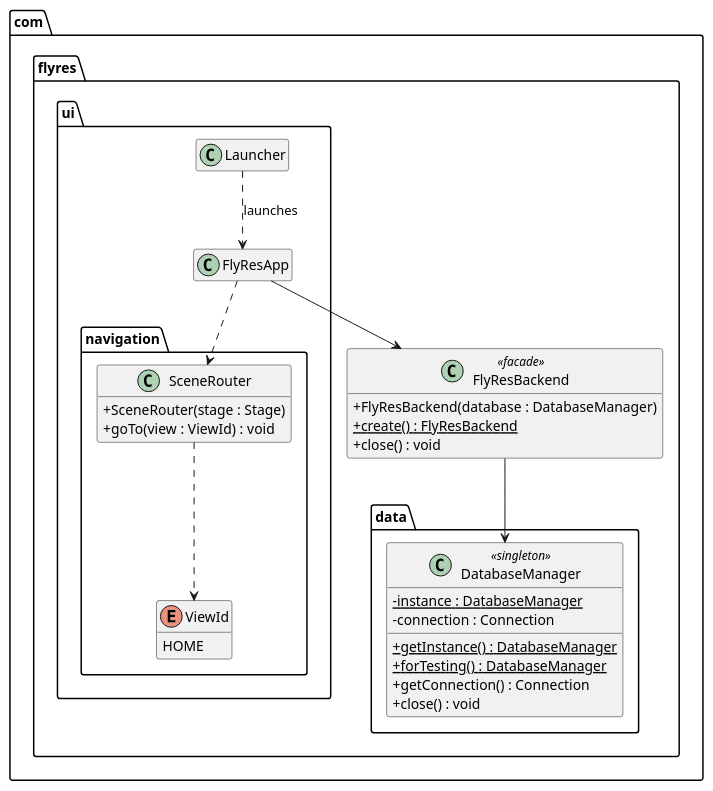
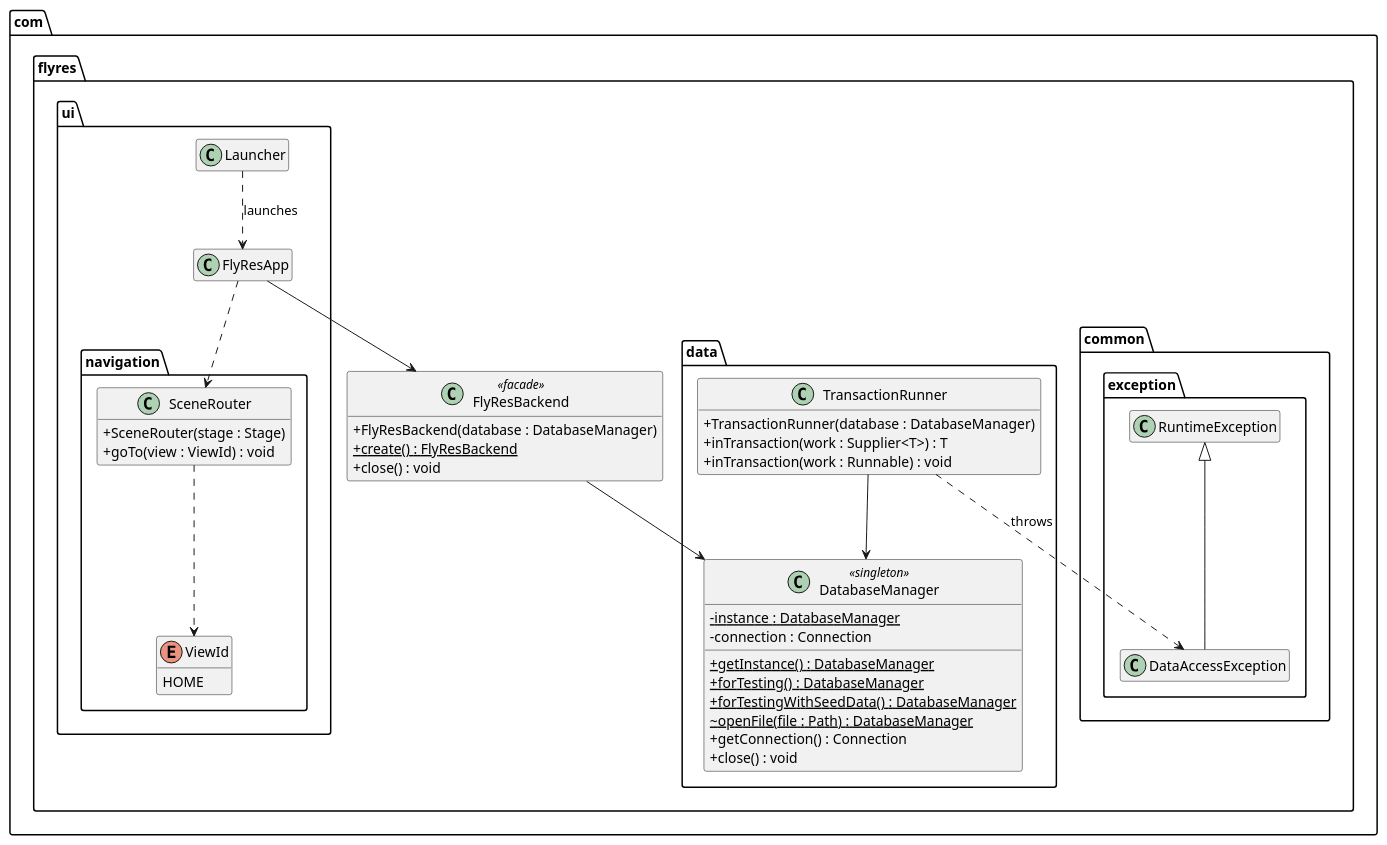
Before and after one commit to NotAlpha45/FlyRes: the diagram in docs/diagrams/class-diagram.puml, drawn with PlantUML. The commit also changed 13 other files, not shown here.

First line of the commit message:
FLY-02: create schema, transactions and seed data

```diff
--- a/docs/diagrams/class-diagram.puml
+++ b/docs/diagrams/class-diagram.puml
@@ -1,45 +1,60 @@
 @startuml class-diagram
 ' FlyRes class diagram. Update it whenever a class or public control method is added.
 skinparam classAttributeIconSize 0
 hide empty members
 
 package "com.flyres" {
   class FlyResBackend <<facade>> {
     + FlyResBackend(database : DatabaseManager)
     + {static} create() : FlyResBackend
     + close() : void
   }
 }
 
 package "com.flyres.data" {
   class DatabaseManager <<singleton>> {
     - {static} instance : DatabaseManager
     - connection : Connection
     + {static} getInstance() : DatabaseManager
     + {static} forTesting() : DatabaseManager
+    + {static} forTestingWithSeedData() : DatabaseManager
+    ~ {static} openFile(file : Path) : DatabaseManager
     + getConnection() : Connection
     + close() : void
   }
+
+  class TransactionRunner {
+    + TransactionRunner(database : DatabaseManager)
+    + inTransaction(work : Supplier<T>) : T
+    + inTransaction(work : Runnable) : void
+  }
+}
+
+package "com.flyres.common.exception" {
+  class DataAccessException
+  RuntimeException <|-- DataAccessException
 }
 
 package "com.flyres.ui" {
   class FlyResApp
   class Launcher
 }
 
 package "com.flyres.ui.navigation" {
   class SceneRouter {
     + SceneRouter(stage : Stage)
     + goTo(view : ViewId) : void
   }
   enum ViewId {
     HOME
   }
 }
 
 FlyResBackend --> DatabaseManager
+TransactionRunner --> DatabaseManager
+TransactionRunner ..> DataAccessException : throws
 Launcher ..> FlyResApp : launches
 FlyResApp --> FlyResBackend
 FlyResApp ..> SceneRouter
 SceneRouter ..> ViewId
 @enduml
```
